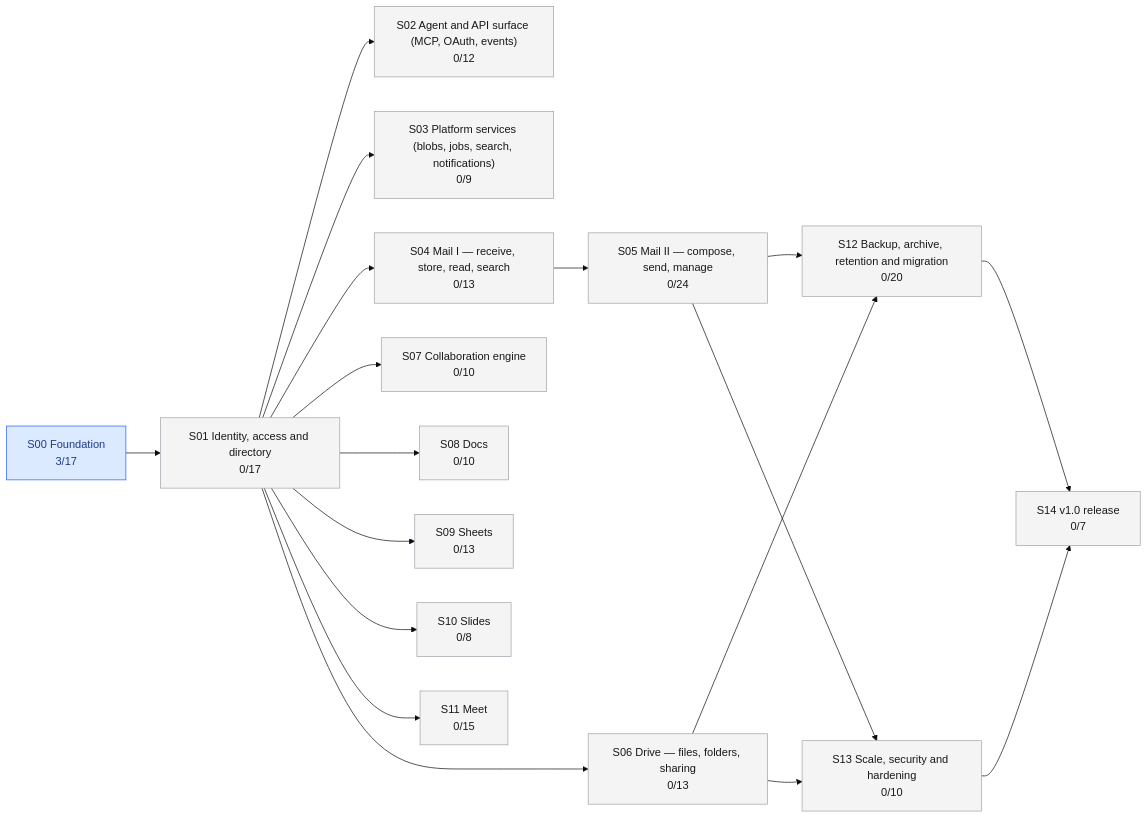
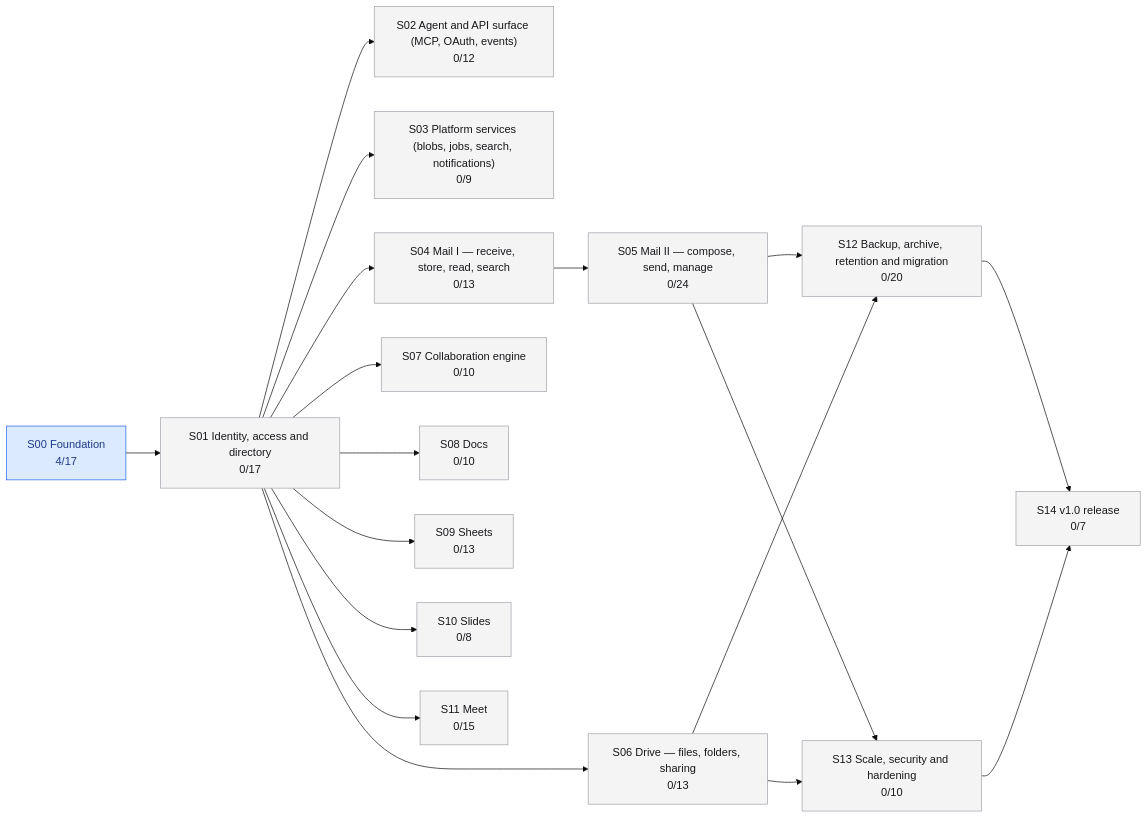
One commit to jaredwray/soldock changed the diagram in plan/STATUS.md. Above: the diagram before and after it, drawn with Mermaid (base theme). The commit also changed other lines of this file and 9 other files, not shown here.

````diff
--- a/plan/STATUS.md
+++ b/plan/STATUS.md
@@ -50,38 +54,38 @@
 ```mermaid
 graph LR
-  S00["S00 Foundation<br/>3/17"]:::active
+  S00["S00 Foundation<br/>4/17"]:::active
   S01["S01 Identity, access and directory<br/>0/17"]:::planned
   S02["S02 Agent and API surface (MCP, OAuth, events)<br/>0/12"]:::planned
   S03["S03 Platform services (blobs, jobs, search, notifications)<br/>0/9"]:::planned
   S04["S04 Mail I — receive, store, read, search<br/>0/13"]:::planned
   S05["S05 Mail II — compose, send, manage<br/>0/24"]:::planned
   S06["S06 Drive — files, folders, sharing<br/>0/13"]:::planned
   S07["S07 Collaboration engine<br/>0/10"]:::planned
   S08["S08 Docs<br/>0/10"]:::planned
   S09["S09 Sheets<br/>0/13"]:::planned
   S10["S10 Slides<br/>0/8"]:::planned
   S11["S11 Meet<br/>0/15"]:::planned
   S12["S12 Backup, archive, retention and migration<br/>0/20"]:::planned
   S13["S13 Scale, security and hardening<br/>0/10"]:::planned
   S14["S14 v1.0 release<br/>0/7"]:::planned
   S00 --> S01
   S01 --> S02
   S01 --> S03
   S01 --> S04
   S04 --> S05
   S01 --> S06
   S01 --> S07
   S01 --> S08
   S01 --> S09
   S01 --> S10
   S01 --> S11
   S05 --> S12
   S06 --> S12
   S05 --> S13
   S06 --> S13
   S12 --> S14
   S13 --> S14
   classDef planned fill:#f4f4f5,stroke:#a1a1aa,color:#18181b
   classDef active fill:#dbeafe,stroke:#2563eb,color:#1e3a8a
   classDef done fill:#dcfce7,stroke:#16a34a,color:#14532d
 ```
````
